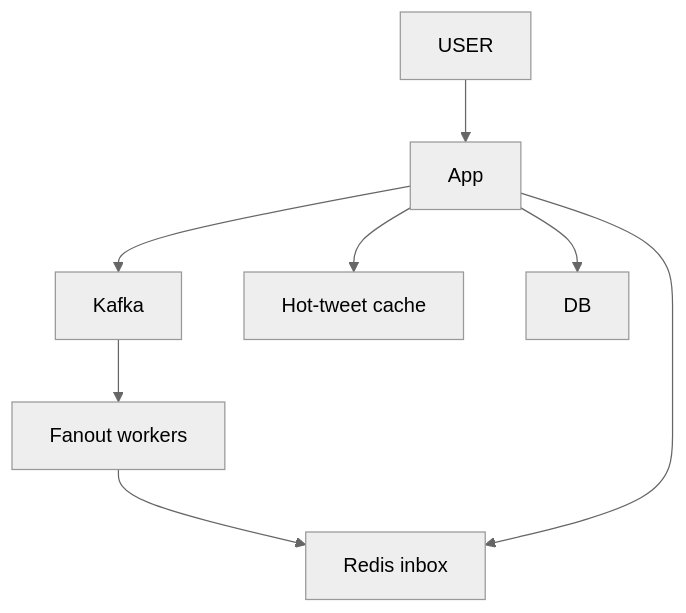
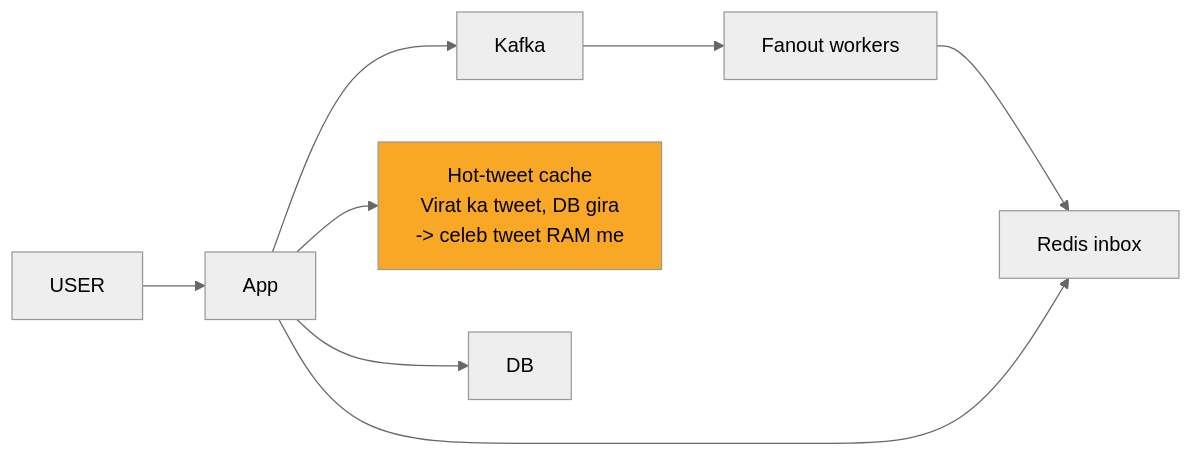
Before and after one commit to ArpanMaheshwari144/Prep: the fifth of 12 diagrams in 04_HLD/SYSTEM_DESIGNS/03_twitter_feed/03_twitter_feed.md, drawn with Mermaid (neutral theme). The commit also changed other lines of this file and 2 other files, not shown here.

Commit message:
url shortener, rate limiter, twitter: one-day story, short cards, follow-ups with rules, highlighted diagrams

````diff
--- a/04_HLD/SYSTEM_DESIGNS/03_twitter_feed/03_twitter_feed.md
+++ b/04_HLD/SYSTEM_DESIGNS/03_twitter_feed/03_twitter_feed.md
@@ -192,17 +204,18 @@
 ```mermaid
-flowchart TD
+flowchart LR
     n_USER["USER"]
     n_App["App"]
     n_Kafka["Kafka"]
     n_Fanout_workers["Fanout workers"]
     n_Redis_inbox["Redis inbox"]
-    n_Hot_tweet_cache["Hot-tweet cache"]
+    n_Hot_tweet_cache["Hot-tweet cache<br/>Virat ka tweet, DB gira<br/>-> celeb tweet RAM me"]
     n_DB["DB"]
     n_USER --> n_App
     n_App --> n_Kafka
     n_App --> n_Hot_tweet_cache
     n_App --> n_DB
     n_Kafka --> n_Fanout_workers
     n_Fanout_workers --> n_Redis_inbox
     n_App --> n_Redis_inbox
+    style n_Hot_tweet_cache fill:#f9a825,color:#000
 ```
````
